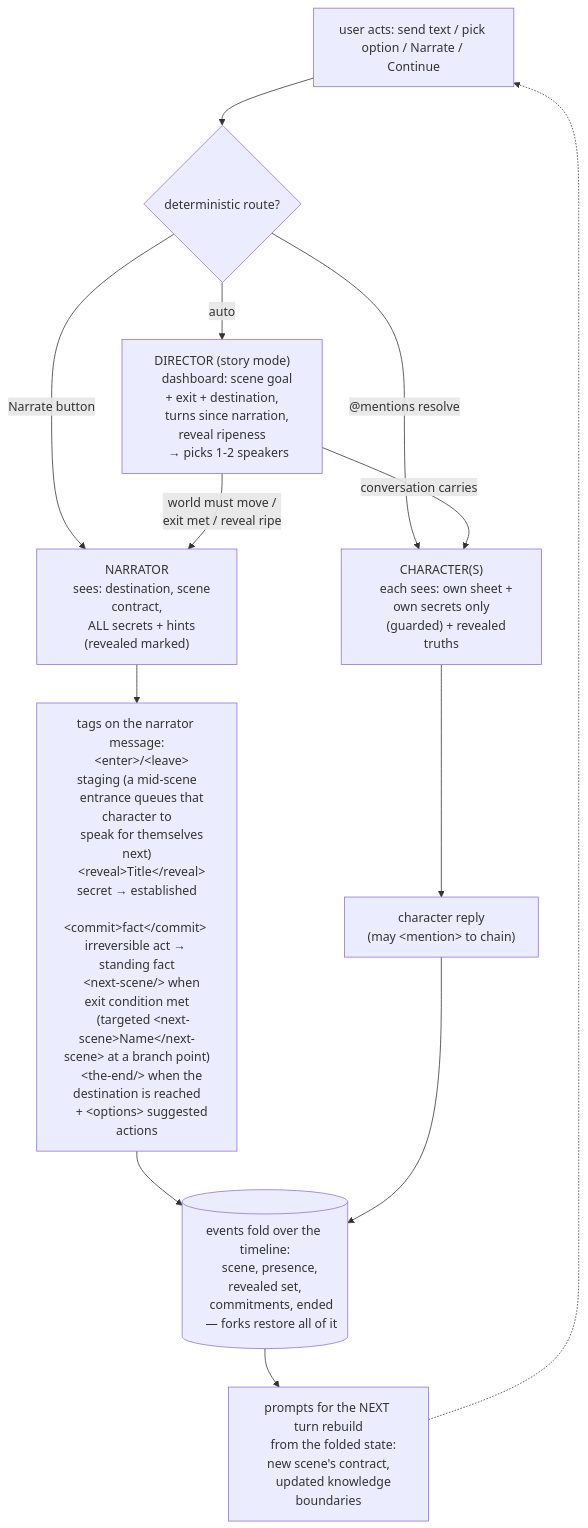
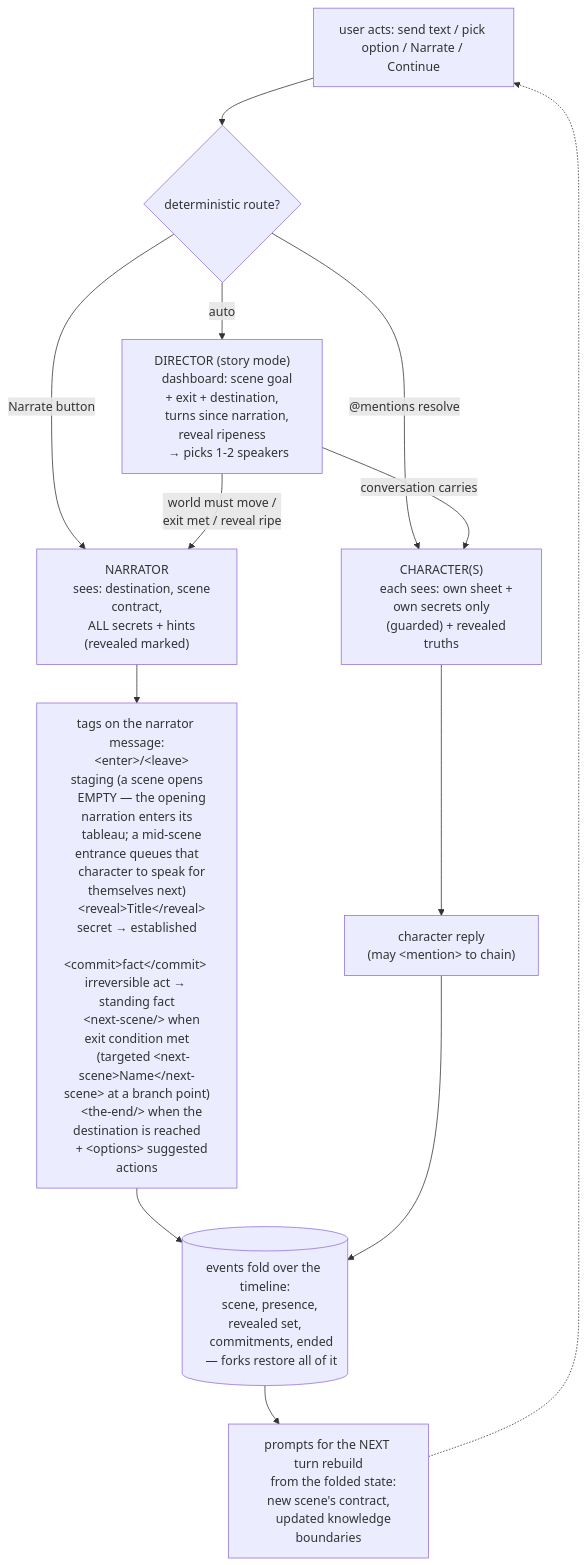
One commit to seancheung/animachat changed the second of 2 diagrams in SPEC.md. Above: the diagram before and after it, drawn with Mermaid. The commit also changed other lines of this file and 13 other files, not shown here.

````diff
--- a/SPEC.md
+++ b/SPEC.md
@@ -297,41 +300,42 @@
 ```mermaid
 flowchart TD
     U["user acts: send text / pick option / Narrate / Continue"] --> R{"deterministic route?"}
     R -- "Narrate button" --> N
     R -- "@mentions resolve" --> C
     R -- "auto" --> D["DIRECTOR (story mode)
     dashboard: scene goal + exit + destination,
     turns since narration, reveal ripeness
     → picks 1-2 speakers"]
 
     D -- "world must move /
     exit met / reveal ripe" --> N["NARRATOR
     sees: destination, scene contract,
     ALL secrets + hints (revealed marked)"]
     D -- "conversation carries" --> C["CHARACTER(S)
     each sees: own sheet + own secrets only
     (guarded) + revealed truths"]
 
     N --> T["tags on the narrator message:
-    &lt;enter&gt;/&lt;leave&gt; staging (a mid-scene
-    entrance queues that character to
-    speak for themselves next)
+    &lt;enter&gt;/&lt;leave&gt; staging (a scene opens
+    EMPTY — the opening narration enters its
+    tableau; a mid-scene entrance queues that
+    character to speak for themselves next)
     &lt;reveal&gt;Title&lt;/reveal&gt; secret → established
     &lt;commit&gt;fact&lt;/commit&gt; irreversible act → standing fact
     &lt;next-scene/&gt; when exit condition met
     (targeted &lt;next-scene&gt;Name&lt;/next-scene&gt; at a branch point)
     &lt;the-end/&gt; when the destination is reached
     + &lt;options&gt; suggested actions"]
     C --> M["character reply
     (may &lt;mention&gt; to chain)"]
 
     T --> F[("events fold over the timeline:
     scene, presence, revealed set,
     commitments, ended
     — forks restore all of it")]
     M --> F
     F --> P["prompts for the NEXT turn rebuild
     from the folded state: new scene's contract,
     updated knowledge boundaries"]
     P -.-> U
 ```
````
